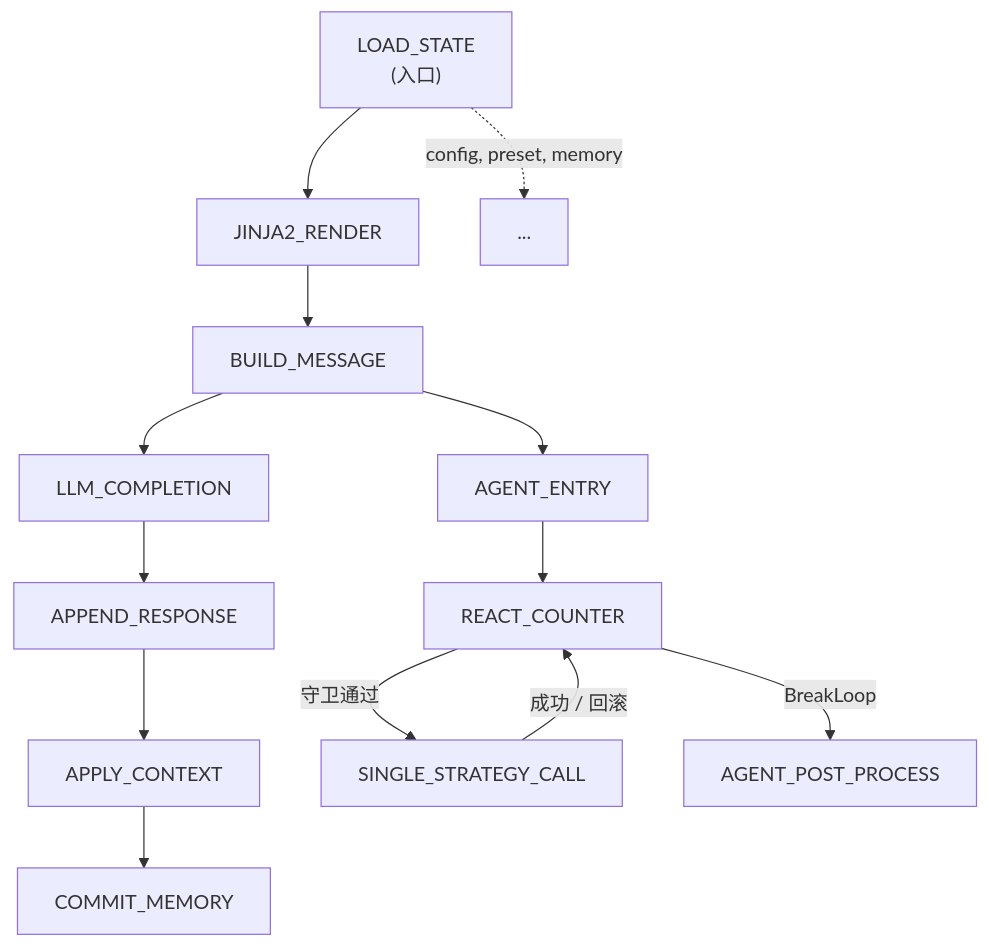
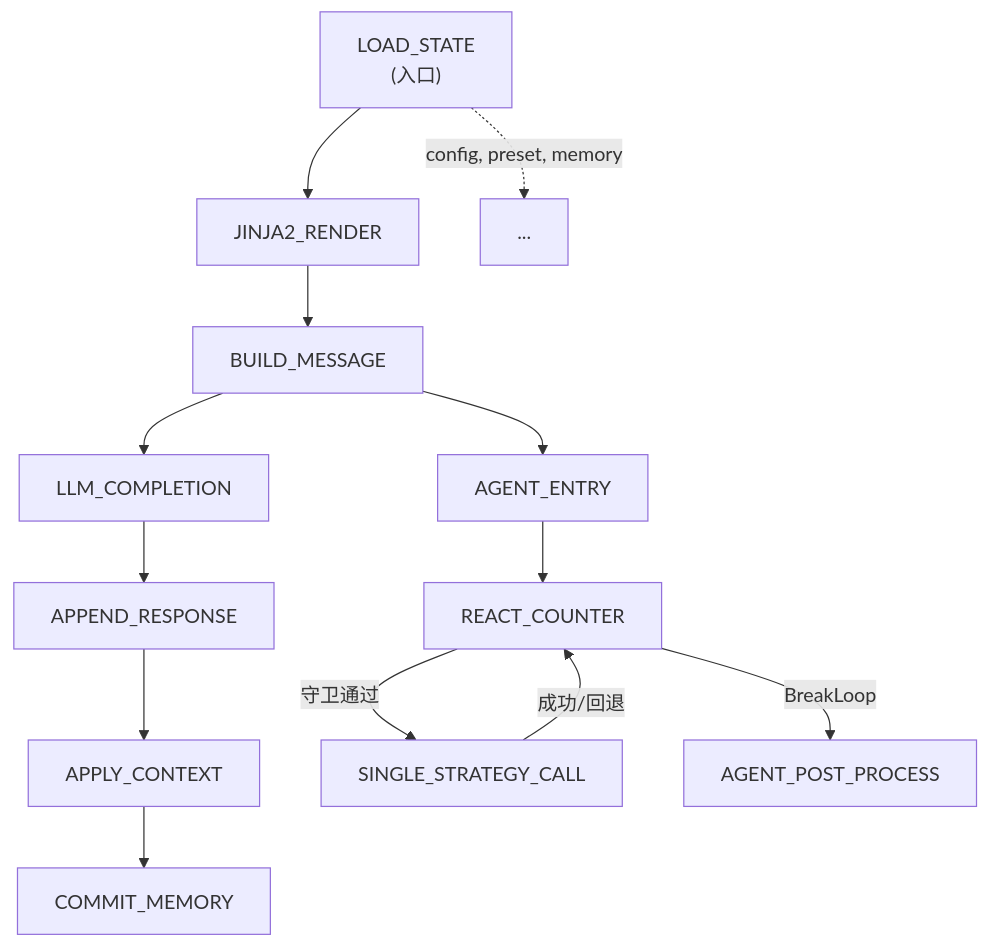
The fifth of 5 diagrams in docs/docs/zh/guide/extensions-integration/amrita-sense.md (AmritaBot/AmritaCore), drawn with Mermaid before and after one commit. The commit also changed other lines of this file and 160 other files, not shown here.

````diff
--- a/docs/docs/zh/guide/extensions-integration/amrita-sense.md
+++ b/docs/docs/zh/guide/extensions-integration/amrita-sense.md
@@ -214,13 +214,13 @@
 ```mermaid
 graph TD
     LS["LOAD_STATE<br/>(入口)"]
     LS --> JR["JINJA2_RENDER"] --> BM["BUILD_MESSAGE"] --> LC["LLM_COMPLETION"]
     LS -.->|config, preset, memory| CHAIN[...]
     LC --> AR["APPEND_RESPONSE"] --> AC["APPLY_CONTEXT"] --> CM["COMMIT_MEMORY"]
 
     BM --> AE["AGENT_ENTRY"]
     AE --> RC["REACT_COUNTER"]
     RC -->|守卫通过| SC["SINGLE_STRATEGY_CALL"]
-    SC -->|成功 / 回滚| RC
+    SC -->|成功/回退| RC
     RC -->|BreakLoop| AP["AGENT_POST_PROCESS"]
 ```
````
